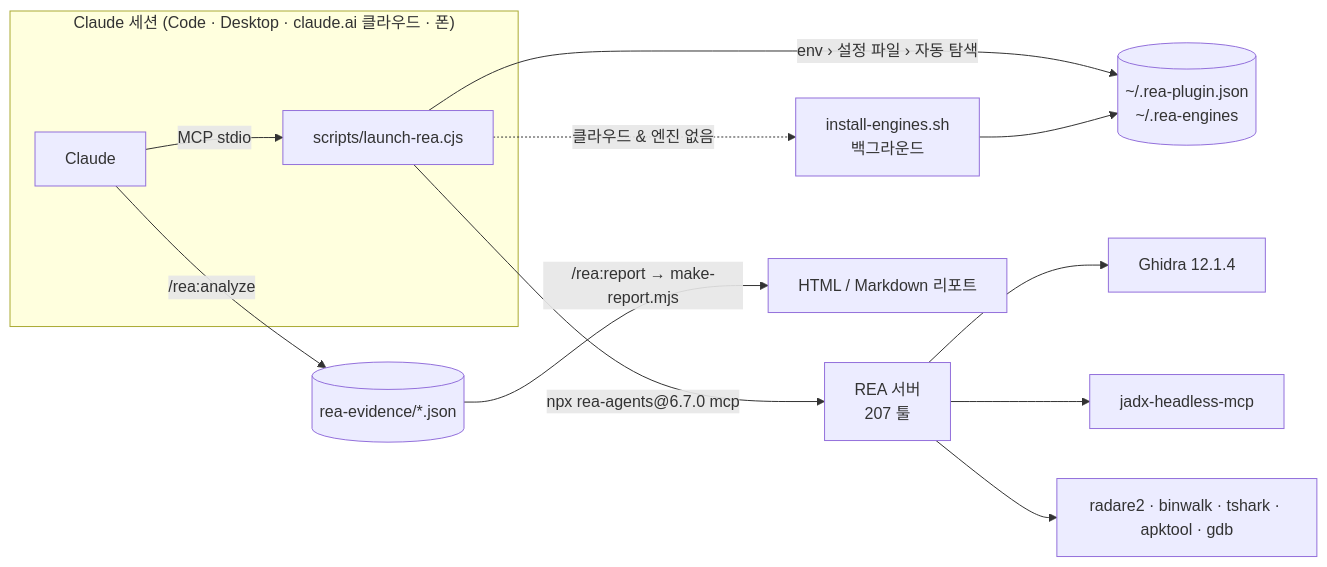
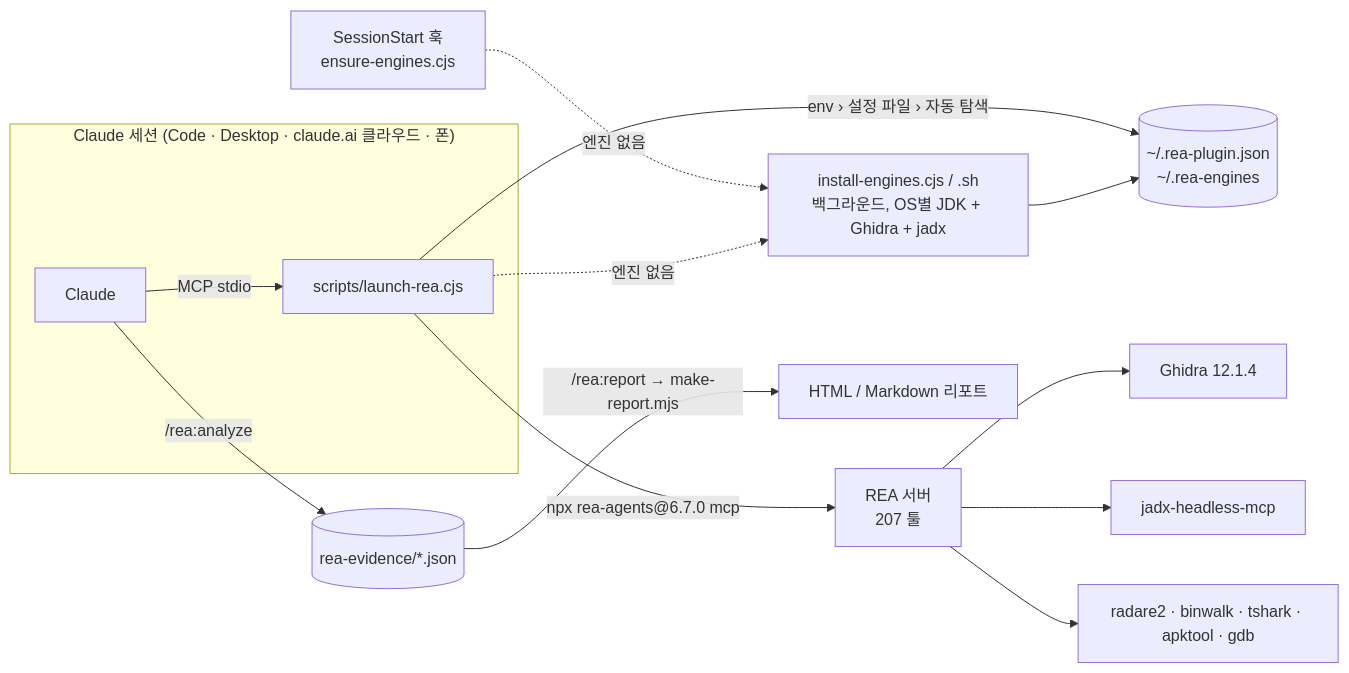
The diagram in README.ko.md (NoLucas/REA-for-Claude), drawn with Mermaid before and after one commit. The commit also changed other lines of this file and 18 other files, not shown here.

````diff
--- a/README.ko.md
+++ b/README.ko.md
@@ -144,15 +162,16 @@
 ```mermaid
 flowchart LR
   subgraph Claude["Claude 세션 (Code · Desktop · claude.ai 클라우드 · 폰)"]
     A[Claude] -->|MCP stdio| L[scripts/launch-rea.cjs]
   end
   L -->|env › 설정 파일 › 자동 탐색| C[(~/.rea-plugin.json<br/>~/.rea-engines)]
   L -->|npx rea-agents@6.7.0 mcp| R[REA 서버<br/>207 툴]
-  L -. 클라우드 & 엔진 없음 .-> I[install-engines.sh<br/>백그라운드]
+  H[SessionStart 훅<br/>ensure-engines.cjs] -. 엔진 없음 .-> I[install-engines.cjs / .sh<br/>백그라운드, OS별 JDK + Ghidra + jadx]
+  L -. 엔진 없음 .-> I
   I --> C
   R --> G[Ghidra 12.1.4]
   R --> J[jadx-headless-mcp]
   R --> T[radare2 · binwalk · tshark · apktool · gdb]
   A -->|/rea:analyze| E[(rea-evidence/*.json)]
   E -->|/rea:report → make-report.mjs| P[HTML / Markdown 리포트]
 ```
````
